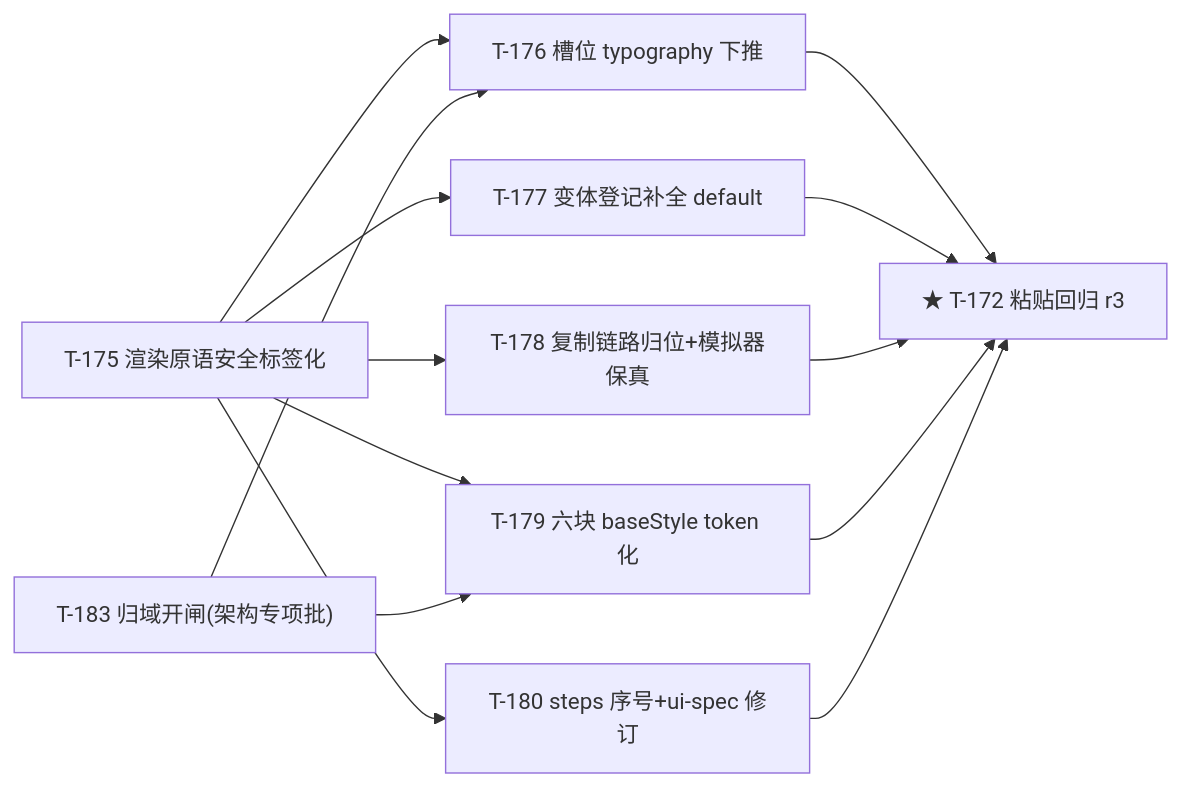
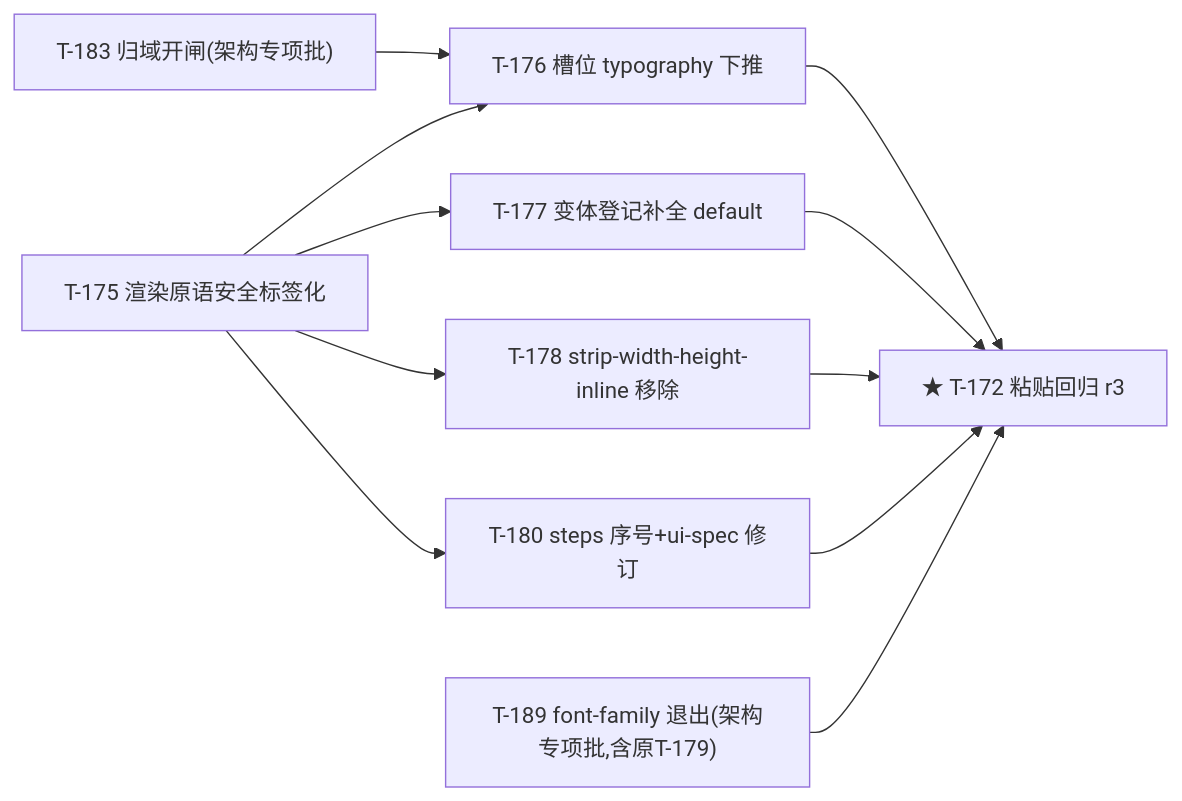
One commit to lync-cyber/wechat-flow changed the third of 4 diagrams in docs/dev-plan/dev-plan-wechat-flow-s7.md. Above: the diagram before and after it, drawn with Mermaid. The commit also changed other lines of this file and 10 other files, not shown here.

````diff
--- a/docs/dev-plan/dev-plan-wechat-flow-s7.md
+++ b/docs/dev-plan/dev-plan-wechat-flow-s7.md
@@ -1399,23 +1402,21 @@
 ```mermaid
 graph LR
     T-175["T-175 渲染原语安全标签化"]
     T-176["T-176 槽位 typography 下推"]
     T-177["T-177 变体登记补全 default"]
-    T-178["T-178 复制链路归位+模拟器保真"]
-    T-179["T-179 六块 baseStyle token 化"]
+    T-178["T-178 strip-width-height-inline 移除"]
     T-180["T-180 steps 序号+ui-spec 修订"]
     T-172r3["★ T-172 粘贴回归 r3"]
     T-183ext["T-183 归域开闸(架构专项批)"]
+    T-189ext["T-189 font-family 退出(架构专项批,含原T-179)"]
     T-175 --> T-176
     T-183ext --> T-176
     T-175 --> T-177
     T-175 --> T-178
-    T-175 --> T-179
-    T-183ext --> T-179
     T-175 --> T-180
     T-176 --> T-172r3
     T-177 --> T-172r3
     T-178 --> T-172r3
-    T-179 --> T-172r3
     T-180 --> T-172r3
+    T-189ext --> T-172r3
 ```
````
